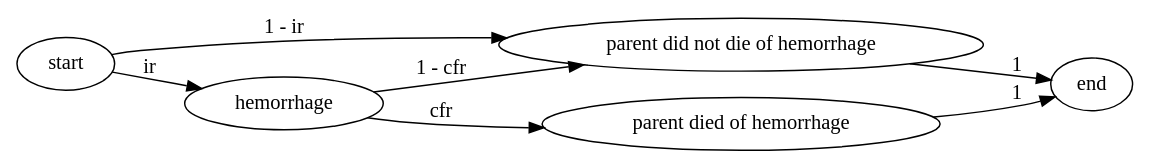
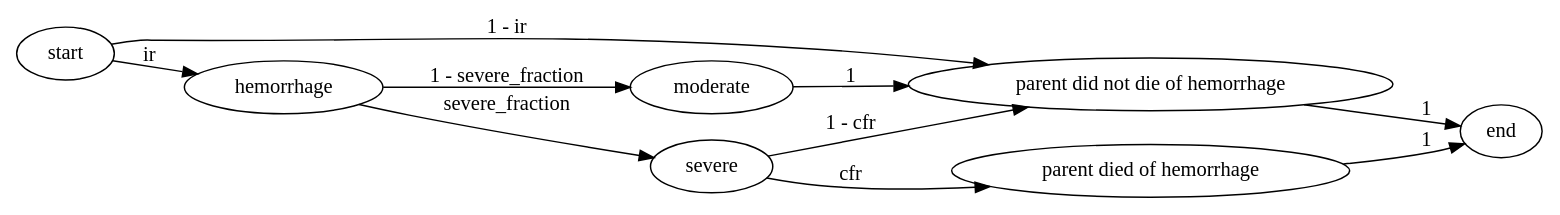
Before and after one commit to ihmeuw/vivarium_research: the diagram in docs/source/models/causes/maternal_disorders/gbd_2021_mncnh/maternal_hemorrhage.rst, drawn with Graphviz. The commit also changed other lines of this file and 9 other files, not shown here.

```diff
--- a/docs/source/models/causes/maternal_disorders/gbd_2021_mncnh/maternal_hemorrhage.rst
+++ b/docs/source/models/causes/maternal_disorders/gbd_2021_mncnh/maternal_hemorrhage.rst
@@ -162,16 +162,19 @@
 .. graphviz::
 
     digraph hemorrhage_decisions {
         rankdir = LR;
         start [label="start"]
         end [label="end"]
         alive [label="parent did not die of hemorrhage"]
         dead [label="parent died of hemorrhage"]
 
         start -> alive  [label = "1 - ir"]
         start -> hemorrhage [label = "ir"]
-        hemorrhage -> alive [label = "1 - cfr"]
-        hemorrhage -> dead [label = "cfr"]
+        hemorrhage -> moderate [label = "1 - severe_fraction"]
+        hemorrhage -> severe [label = "severe_fraction"]
+        severe -> alive [label = "1 - cfr"]
+        severe -> dead [label = "cfr"]
+        moderate -> alive [label = "1"]
         alive -> end  [label = "1"]
         dead -> end  [label = "1"]
     }
```
